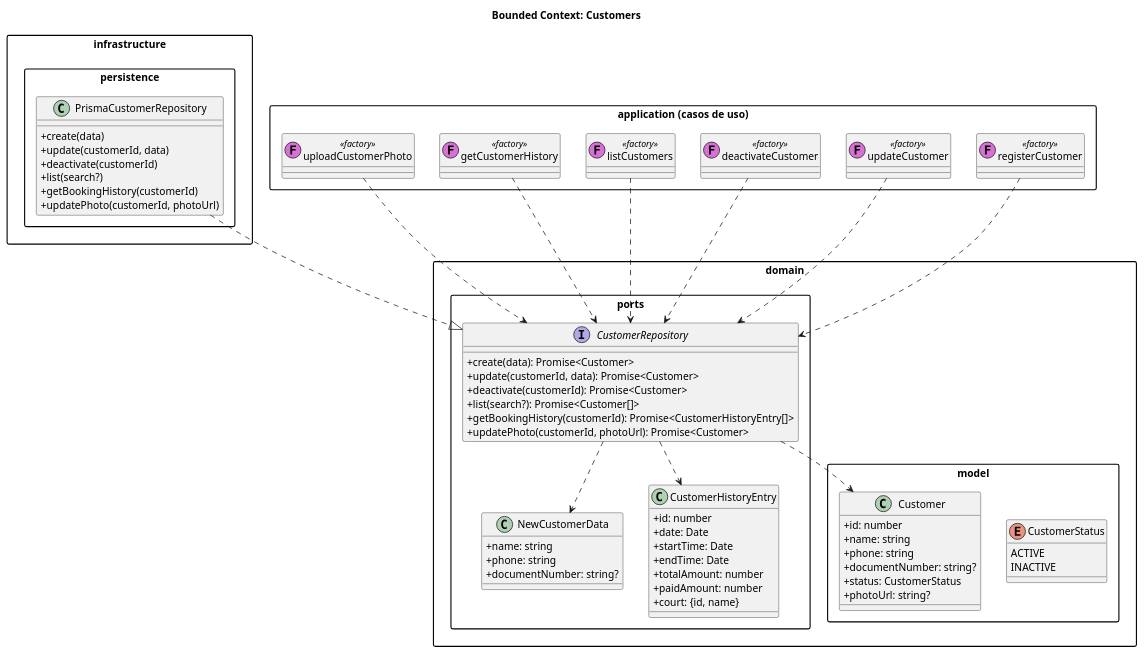
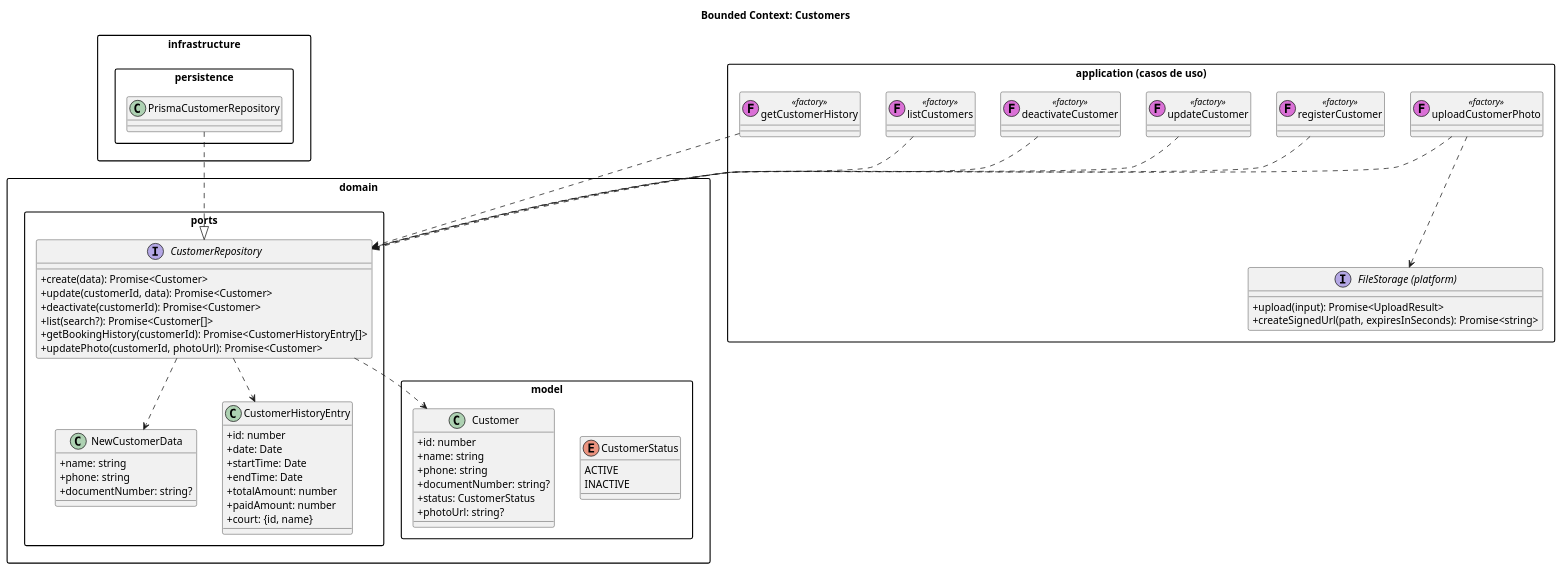
One commit to brianna-salinas/la-canchita-de-carlos-backend changed the diagram in docs/diagrams/customers.puml. Above: the diagram before and after it, drawn with PlantUML. The commit also changed 475 other files, not shown here.

Commit message:
Agrega flujo de olvide-contraseña, corrige tildes y regenera diagramas de clase

```diff
--- a/docs/diagrams/customers.puml
+++ b/docs/diagrams/customers.puml
@@ -1,83 +1,82 @@
 @startuml customers-context
 title Bounded Context: Customers
 
 skinparam classAttributeIconSize 0
 skinparam packageStyle rectangle
 
 package "domain.model" {
   enum CustomerStatus {
     ACTIVE
     INACTIVE
   }
 
   class Customer {
     +id: number
     +name: string
     +phone: string
     +documentNumber: string?
     +status: CustomerStatus
     +photoUrl: string?
   }
 }
 
 package "domain.ports" {
   class NewCustomerData {
     +name: string
     +phone: string
     +documentNumber: string?
   }
 
   class CustomerHistoryEntry {
     +id: number
     +date: Date
     +startTime: Date
     +endTime: Date
     +totalAmount: number
     +paidAmount: number
     +court: {id, name}
   }
 
   interface CustomerRepository {
     +create(data): Promise<Customer>
     +update(customerId, data): Promise<Customer>
     +deactivate(customerId): Promise<Customer>
     +list(search?): Promise<Customer[]>
     +getBookingHistory(customerId): Promise<CustomerHistoryEntry[]>
     +updatePhoto(customerId, photoUrl): Promise<Customer>
   }
 
   CustomerRepository ..> Customer
   CustomerRepository ..> NewCustomerData
   CustomerRepository ..> CustomerHistoryEntry
 }
 
 package "infrastructure.persistence" {
-  class PrismaCustomerRepository {
-    +create(data)
-    +update(customerId, data)
-    +deactivate(customerId)
-    +list(search?)
-    +getBookingHistory(customerId)
-    +updatePhoto(customerId, photoUrl)
-  }
+  class PrismaCustomerRepository
 
   PrismaCustomerRepository ..|> CustomerRepository
 }
 
 package "application (casos de uso)" {
   class registerCustomer << (F,orchid) factory >>
   class updateCustomer << (F,orchid) factory >>
   class deactivateCustomer << (F,orchid) factory >>
   class listCustomers << (F,orchid) factory >>
   class getCustomerHistory << (F,orchid) factory >>
   class uploadCustomerPhoto << (F,orchid) factory >>
 
+  interface "FileStorage (platform)" as FileStorage {
+    +upload(input): Promise<UploadResult>
+    +createSignedUrl(path, expiresInSeconds): Promise<string>
+  }
+
   registerCustomer ..> CustomerRepository
   updateCustomer ..> CustomerRepository
   deactivateCustomer ..> CustomerRepository
   listCustomers ..> CustomerRepository
   getCustomerHistory ..> CustomerRepository
   uploadCustomerPhoto ..> CustomerRepository
+  uploadCustomerPhoto ..> FileStorage
 }
 
 @enduml
```
